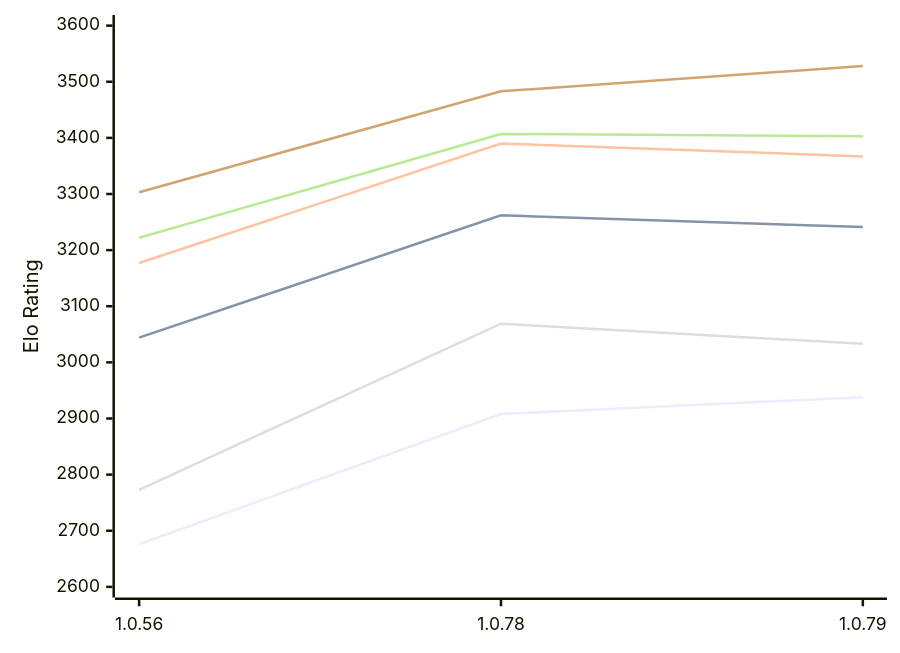
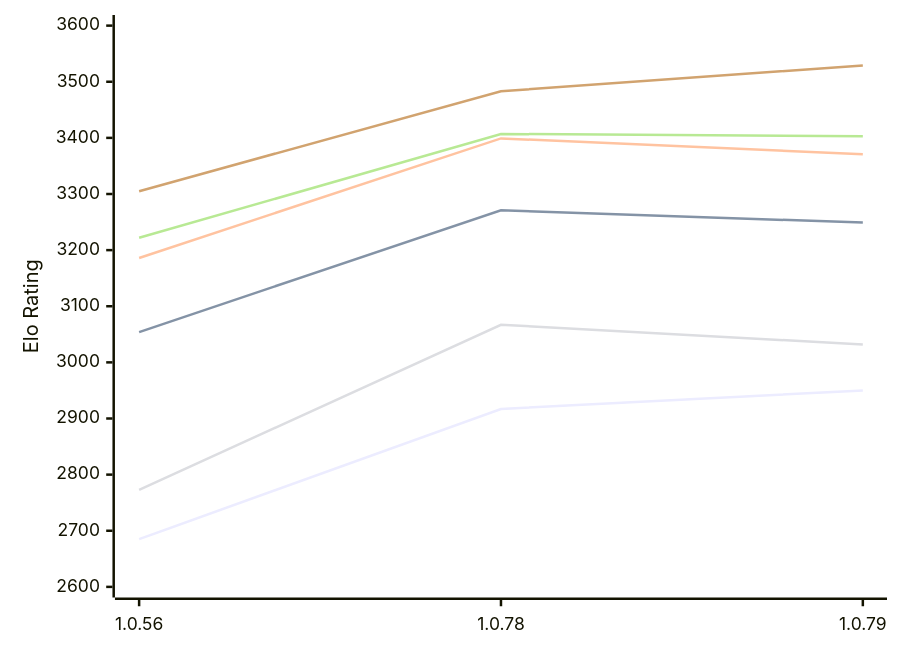
One commit to computer-chess-index/cci changed the first of 2 diagrams in engines/RustyRival.md. Above: the diagram before and after it, drawn with Mermaid. The commit also changed other lines of this file, not shown here.

Commit message:
Update CCI Ratings (ELO VLTC) - 2026-11-07

````diff
--- a/engines/RustyRival.md
+++ b/engines/RustyRival.md
@@ -65,12 +65,12 @@
 ```mermaid
 %%{init: {"theme":"base","themeVariables":{"seriesColors:['#a3a3a3','#222221','#faa371']}}}%%
 xychart-beta
   x-axis ["1.0.56", "1.0.78", "1.0.79"]
   y-axis "Elo Rating" 2600 --> 3600
-  line "E1: STC (8.0+0.08s)" [2676, 2908, 2938]
-  line "E1: LTC (60.0+0.60s)" [3044, 3262, 3241]
-  line "E1: VLTC (2m24s+1.12s)" [3177, 3390, 3367]
-  line "P1: STC (8.0+0.08s)" [2773, 3069, 3033]
+  line "E1: STC (8.0+0.08s)" [2685, 2917, 2950]
+  line "E1: LTC (60.0+0.60s)" [3054, 3271, 3249]
+  line "E1: VLTC (2m24s+1.12s)" [3186, 3399, 3371]
+  line "P1: STC (8.0+0.08s)" [2773, 3067, 3032]
   line "P1: LTC (60.0+0.60s)" [3222, 3407, 3403]
-  line "P1: VLTC (2m24s+1.12s)" [3303, 3483, 3528]
+  line "P1: VLTC (2m24s+1.12s)" [3305, 3483, 3529]
 ```
````
